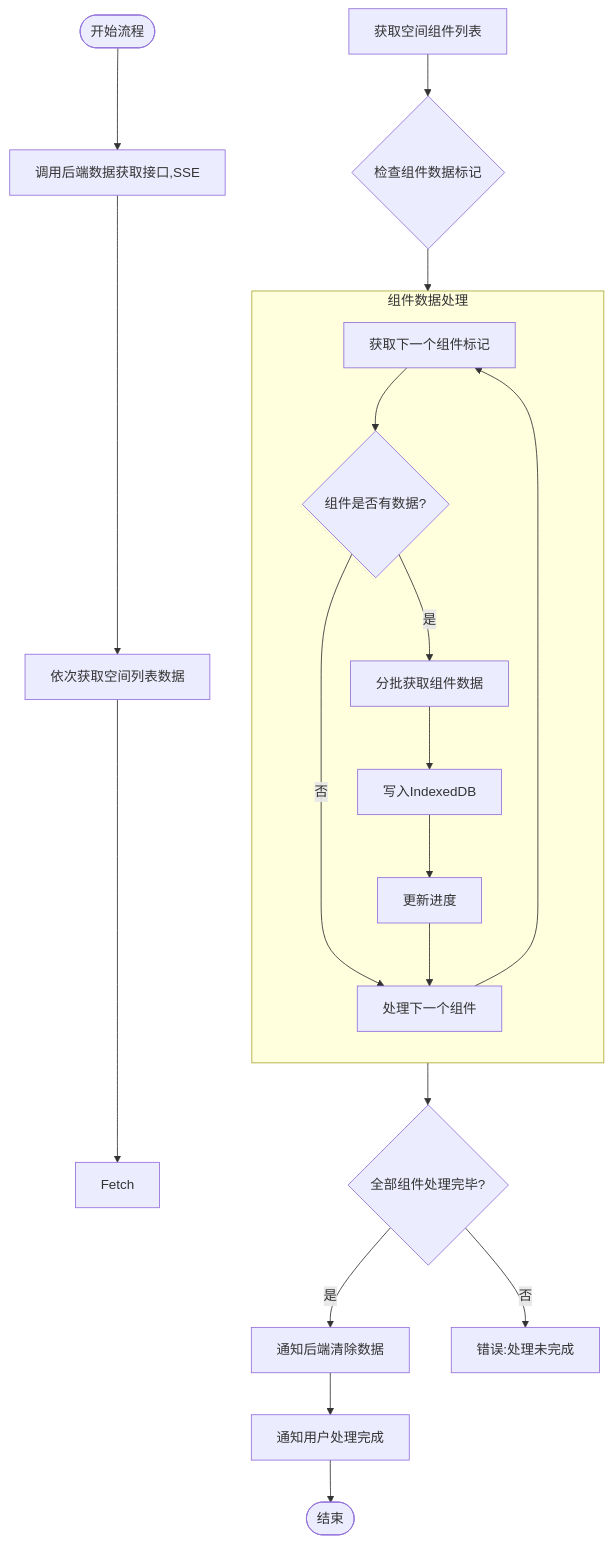
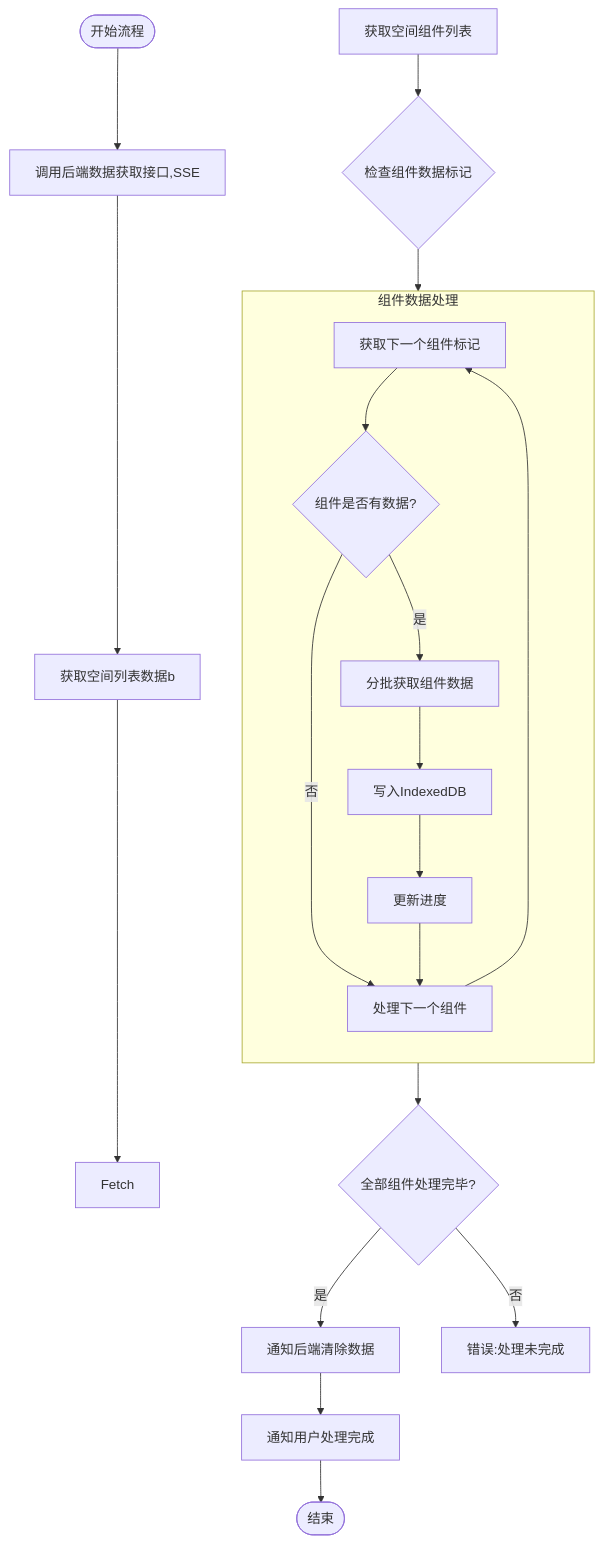
Before and after one commit to yingjianzh/iodraw-files: the diagram in all/未命名-59.md, drawn with Mermaid.

Commit message:
2025-05-14 14:52:29 update

````diff
--- a/all/未命名-59.md
+++ b/all/未命名-59.md
@@ -1,32 +1,32 @@
 ```mermaid
 
 flowchart TD
     Start([开始流程]) --> FetchData[调用后端数据获取接口,SSE]
-    FetchData --> FetchSpaceData[依次获取空间列表数据]
+    FetchData --> FetchSpaceData[获取空间列表数据b]
     FetchSpaceData --> Fetch
     
     
     FetchComponentList[获取空间组件列表]
     FetchComponentList --> CheckComponentData{检查组件数据标记}
     
     subgraph ComponentProcess [组件数据处理]
         direction TB
         A[获取下一个组件标记] --> B{组件是否有数据?}
         B -->|否| NextComponent[处理下一个组件]
         B -->|是| C[分批获取组件数据]
         C --> D[写入IndexedDB]
         D --> UpdateProgress[更新进度]
         UpdateProgress --> NextComponent
         NextComponent --> A
     end
     
     CheckComponentData --> ComponentProcess
     ComponentProcess --> AllComponentsProcessed{全部组件处理完毕?}
     
     AllComponentsProcessed -->|是| ClearServerData[通知后端清除数据]
     AllComponentsProcessed -->|否| Error3[错误:处理未完成]
     
     ClearServerData --> CompletionNotification[通知用户处理完成]
     CompletionNotification --> End([结束])
 
 ```
````
